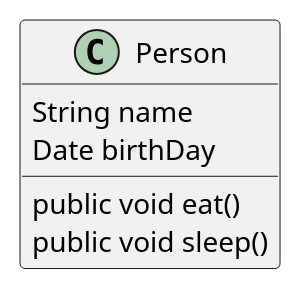
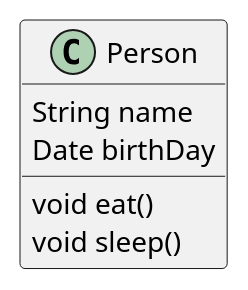
Before and after one commit to lyhcode/oosad: the second of 2 diagrams in oop/class.md, drawn with PlantUML. The commit also changed 35 other files, not shown here.

````diff
--- a/oop/class.md
+++ b/oop/class.md
@@ -20,11 +20,11 @@
 ```uml
 @startuml
 Class Person {
     String name
     Date birthDay
 
-    public void eat()
-    public void sleep()
+    void eat()
+    void sleep()
 }
 @enduml
 ```
````
